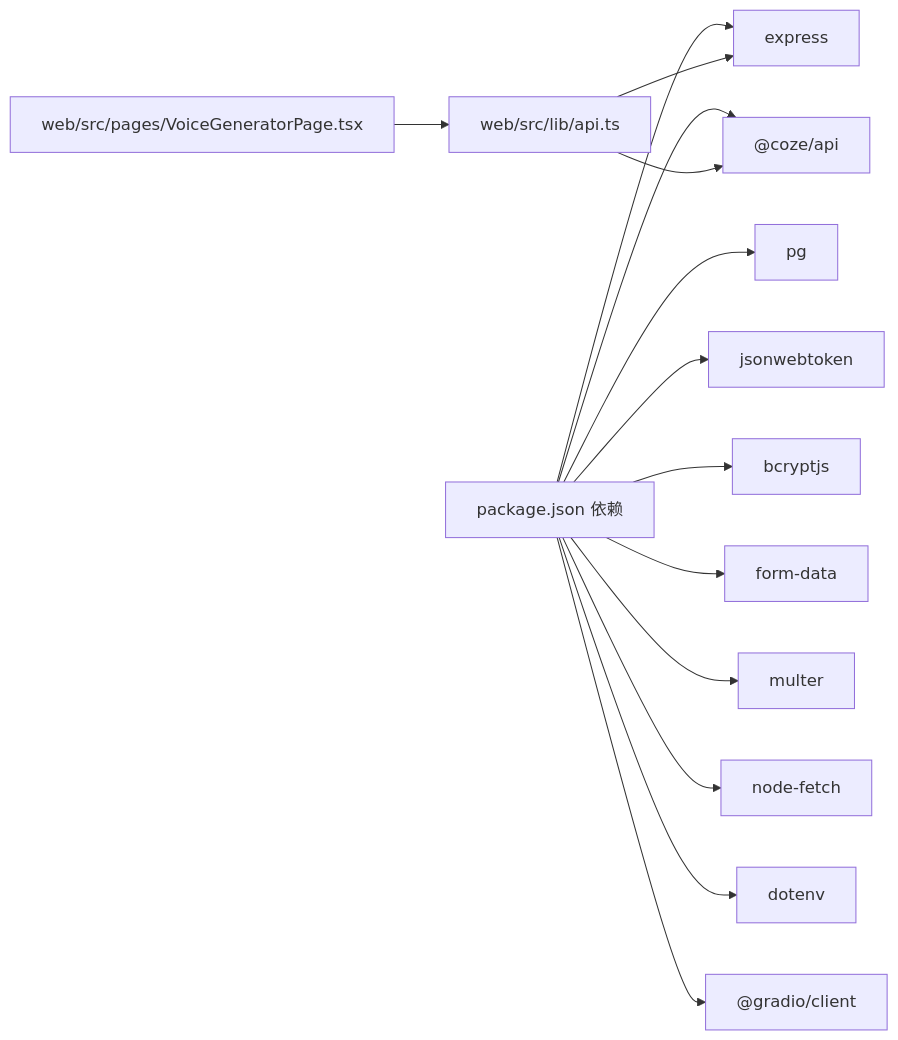
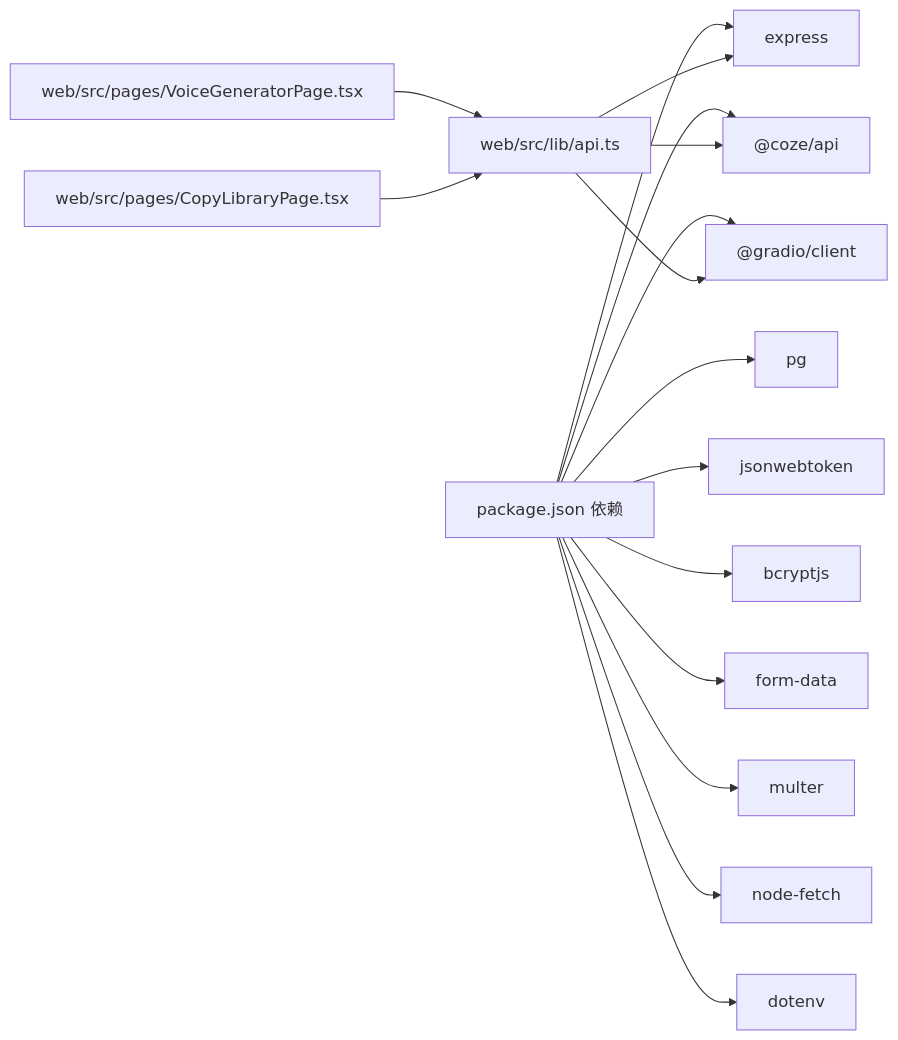
One commit to hanksd769-droid/sailshub changed the ninth of 9 diagrams in .qoder/repowiki/zh/content/API 接口文档/API 接口文档.md. Above: the diagram before and after it, drawn with Mermaid. The commit also changed other lines of this file and 6 other files, not shown here.

````diff
--- a/.qoder/repowiki/zh/content/API 接口文档/API 接口文档.md
+++ b/.qoder/repowiki/zh/content/API 接口文档/API 接口文档.md
@@ -438,16 +555,18 @@
 ```mermaid
 graph LR
 P["package.json 依赖"] --> E["express"]
 P --> PG["pg"]
 P --> JWT["jsonwebtoken"]
 P --> BC["bcryptjs"]
 P --> FD["form-data"]
 P --> MF["multer"]
 P --> NF["node-fetch"]
 P --> DOT["dotenv"]
 P --> COZE["@coze/api"]
 P --> GRADIO["@gradio/client"]
 FE["web/src/lib/api.ts"] --> E
 FE --> COZE
+FE --> GRADIO
 PAGE["web/src/pages/VoiceGeneratorPage.tsx"] --> FE
+COPYPAGE["web/src/pages/CopyLibraryPage.tsx"] --> FE
 ```
````
